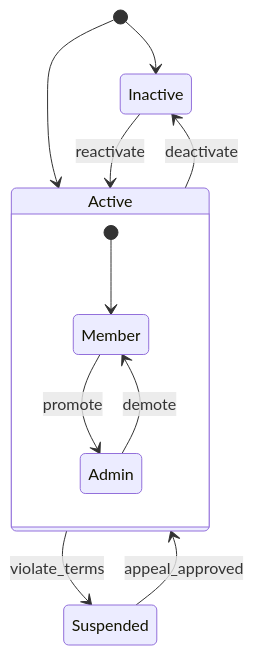
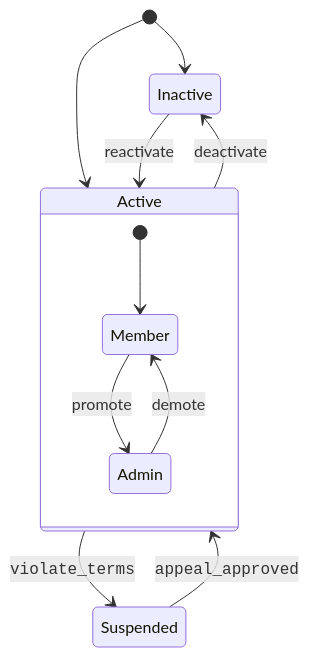
Before and after one commit to dataslope/dataslope: the diagram in content/courses/typescript-from-scratch/modeling-domains-with-types.mdx, drawn with Mermaid. The commit also changed 65 other files, not shown here.

First line of the commit message:
Set code in every mermaid label in the mono face

````diff
--- a/content/courses/typescript-from-scratch/modeling-domains-with-types.mdx
+++ b/content/courses/typescript-from-scratch/modeling-domains-with-types.mdx
@@ -171,15 +171,15 @@
 ```mermaid
 stateDiagram-v2
     [*] --> Active
     [*] --> Inactive
-    Active --> Suspended: violate_terms
-    Suspended --> Active: appeal_approved
+    Active --> Suspended: <code>violate_terms</code>
+    Suspended --> Active: <code>appeal_approved</code>
     Inactive --> Active: reactivate
     Active --> Inactive: deactivate
 
     state Active {
         [*] --> Member
         Member --> Admin: promote
         Admin --> Member: demote
     }
 ```
````
